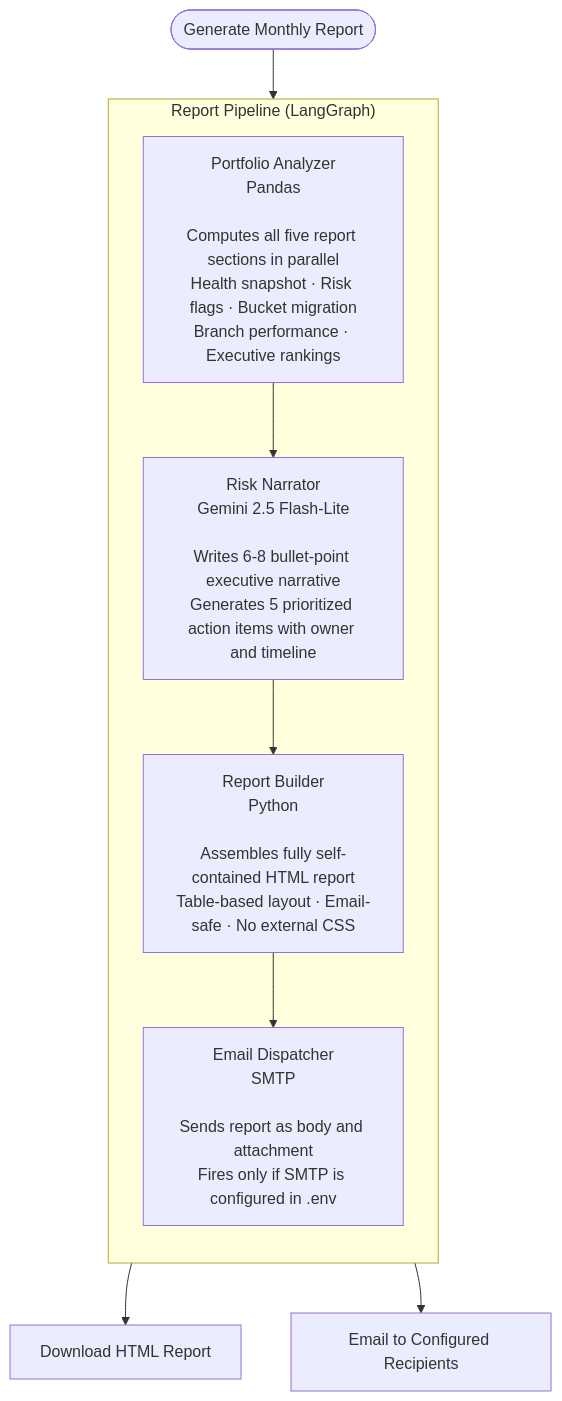
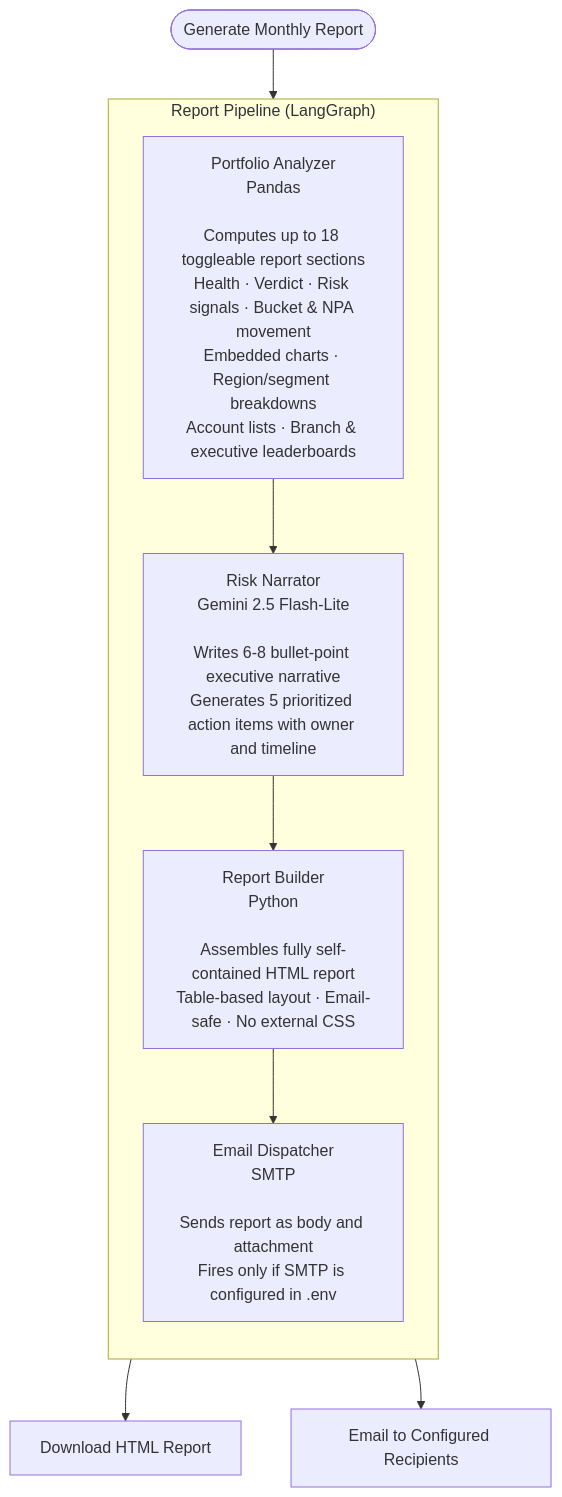
The second of 3 diagrams in README.md (Sanjay-00/CollectionIQ), drawn with Mermaid before and after one commit. The commit also changed other lines of this file and 2 other files, not shown here.

````diff
--- a/README.md
+++ b/README.md
@@ -225,18 +225,18 @@
 ```mermaid
 flowchart TD
     Trigger(["Generate Monthly Report"])
 
     Trigger --> PA
 
     subgraph RP ["  Report Pipeline  (LangGraph)  "]
         direction TB
-        PA["Portfolio Analyzer\nPandas\n\nComputes all five report sections in parallel\nHealth snapshot · Risk flags · Bucket migration\nBranch performance · Executive rankings"]
+        PA["Portfolio Analyzer\nPandas\n\nComputes up to 18 toggleable report sections\nHealth · Verdict · Risk signals · Bucket & NPA movement\nEmbedded charts · Region/segment breakdowns\nAccount lists · Branch & executive leaderboards"]
         RN["Risk Narrator\nGemini 2.5 Flash-Lite\n\nWrites 6-8 bullet-point executive narrative\nGenerates 5 prioritized action items with owner and timeline"]
         RB["Report Builder\nPython\n\nAssembles fully self-contained HTML report\nTable-based layout · Email-safe · No external CSS"]
         ED["Email Dispatcher\nSMTP\n\nSends report as body and attachment\nFires only if SMTP is configured in .env"]
         PA --> RN --> RB --> ED
     end
 
     RB --> DL["Download HTML Report"]
     ED --> EM["Email to Configured Recipients"]
 ```
````
